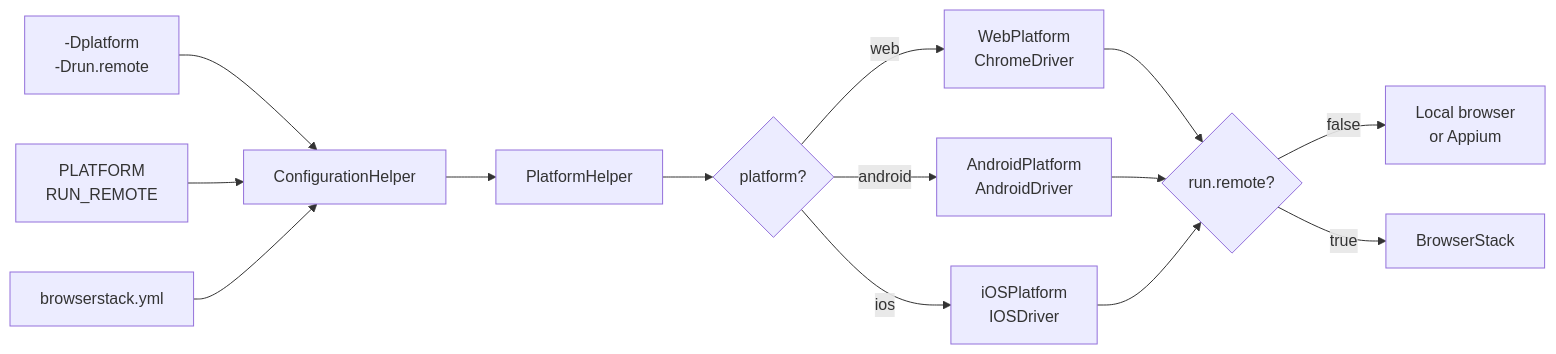
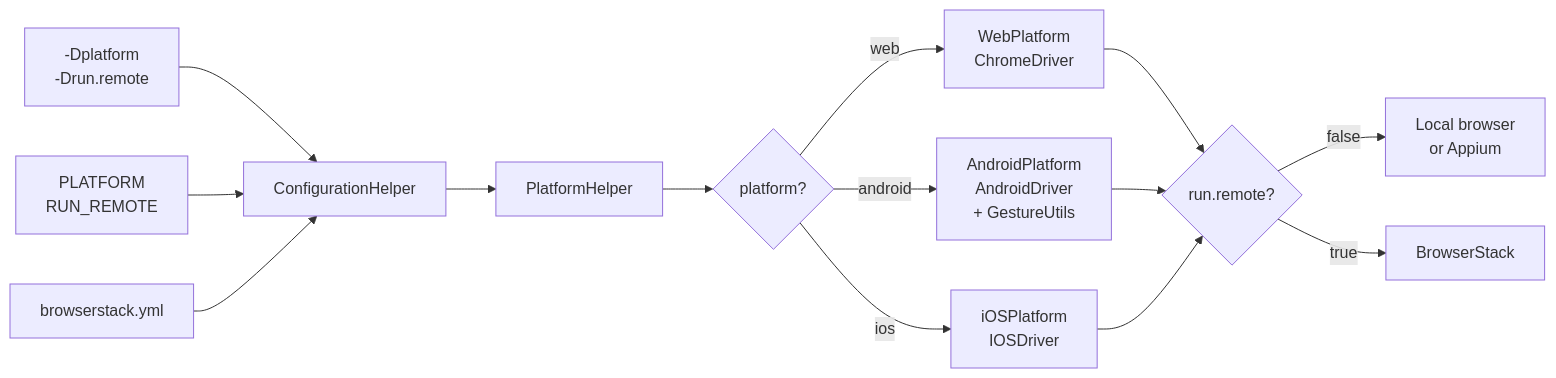
One commit to Vijay-Durairaj/SeleniumFramework changed the third of 3 diagrams in README.md. Above: the diagram before and after it, drawn with Mermaid. The commit also changed other lines of this file and 4 other files, not shown here.

````diff
--- a/README.md
+++ b/README.md
@@ -344,19 +371,19 @@
 ```mermaid
 flowchart LR
     JVM["-Dplatform\n-Drun.remote"] --> CH["ConfigurationHelper"]
     ENV["PLATFORM\nRUN_REMOTE"] --> CH
     YML["browserstack.yml"] --> CH
 
     CH --> PH["PlatformHelper"]
     PH --> PI{"platform?"}
 
     PI -->|web| WP["WebPlatform\nChromeDriver"]
-    PI -->|android| AP["AndroidPlatform\nAndroidDriver"]
+    PI -->|android| AP["AndroidPlatform\nAndroidDriver\n+ GestureUtils"]
     PI -->|ios| IP["iOSPlatform\nIOSDriver"]
 
     WP --> RT{"run.remote?"}
     AP --> RT
     IP --> RT
     RT -->|false| LOC["Local browser\nor Appium"]
     RT -->|true| BS["BrowserStack"]
 ```
````
